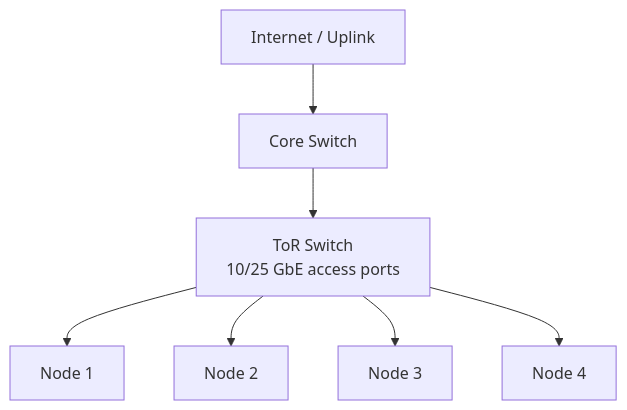
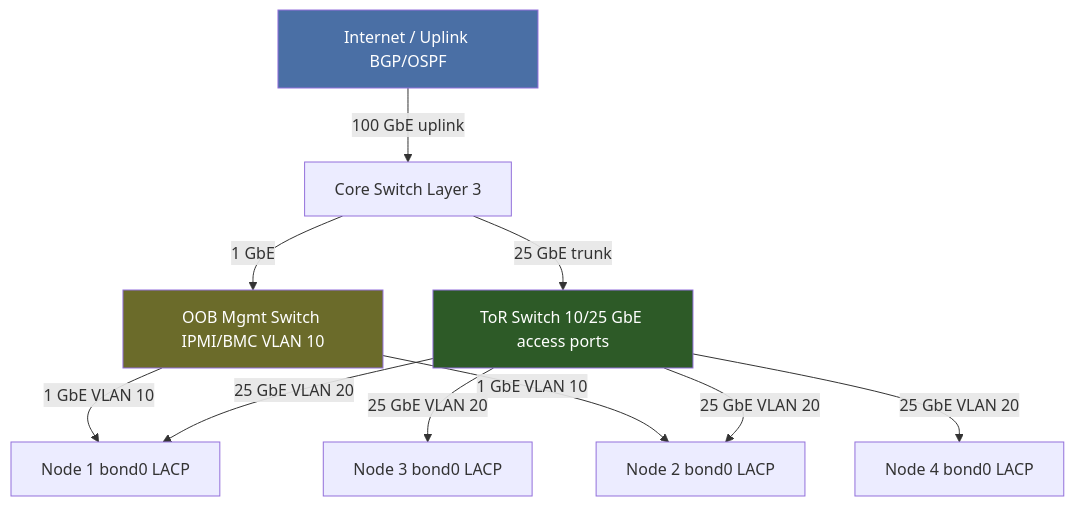
One commit to MykolaLebid/Kubernetes_networking_engineering changed the first of 3 diagrams in lessons/07-bare-metal-network-infrastructure.md. Above: the diagram before and after it, drawn with Mermaid. The commit also changed other lines of this file and 35 other files, not shown here.

First line of the commit message:
Restructure all 34 lessons: Theory/Practice split, richer diagrams, industry examples, navigation

````diff
--- a/lessons/07-bare-metal-network-infrastructure.md
+++ b/lessons/07-bare-metal-network-infrastructure.md
@@ -33,16 +21,25 @@
 ```mermaid
 flowchart TD
-    INT[Internet / Uplink]
-    CORE[Core Switch]
-    TOR[ToR Switch<br/>10/25 GbE access ports]
-    N1[Node 1]
-    N2[Node 2]
-    N3[Node 3]
-    N4[Node 4]
+    INT["Internet / Uplink BGP/OSPF"]
+    CORE["Core Switch Layer 3"]
+    TOR["ToR Switch 10/25 GbE access ports"]
+    MGMT["OOB Mgmt Switch IPMI/BMC VLAN 10"]
+    N1["Node 1 bond0 LACP"]
+    N2["Node 2 bond0 LACP"]
+    N3["Node 3 bond0 LACP"]
+    N4["Node 4 bond0 LACP"]
 
-    INT --> CORE --> TOR
-    TOR --> N1
-    TOR --> N2
-    TOR --> N3
-    TOR --> N4
+    INT --"100 GbE uplink"--> CORE
+    CORE --"25 GbE trunk"--> TOR
+    CORE --"1 GbE"--> MGMT
+    TOR --"25 GbE VLAN 20"--> N1
+    TOR --"25 GbE VLAN 20"--> N2
+    TOR --"25 GbE VLAN 20"--> N3
+    TOR --"25 GbE VLAN 20"--> N4
+    MGMT --"1 GbE VLAN 10"--> N1
+    MGMT --"1 GbE VLAN 10"--> N2
+
+    style INT fill:#4a6fa5,color:#fff
+    style TOR fill:#2d5a27,color:#fff
+    style MGMT fill:#6b6b2a,color:#fff
 ```
````
